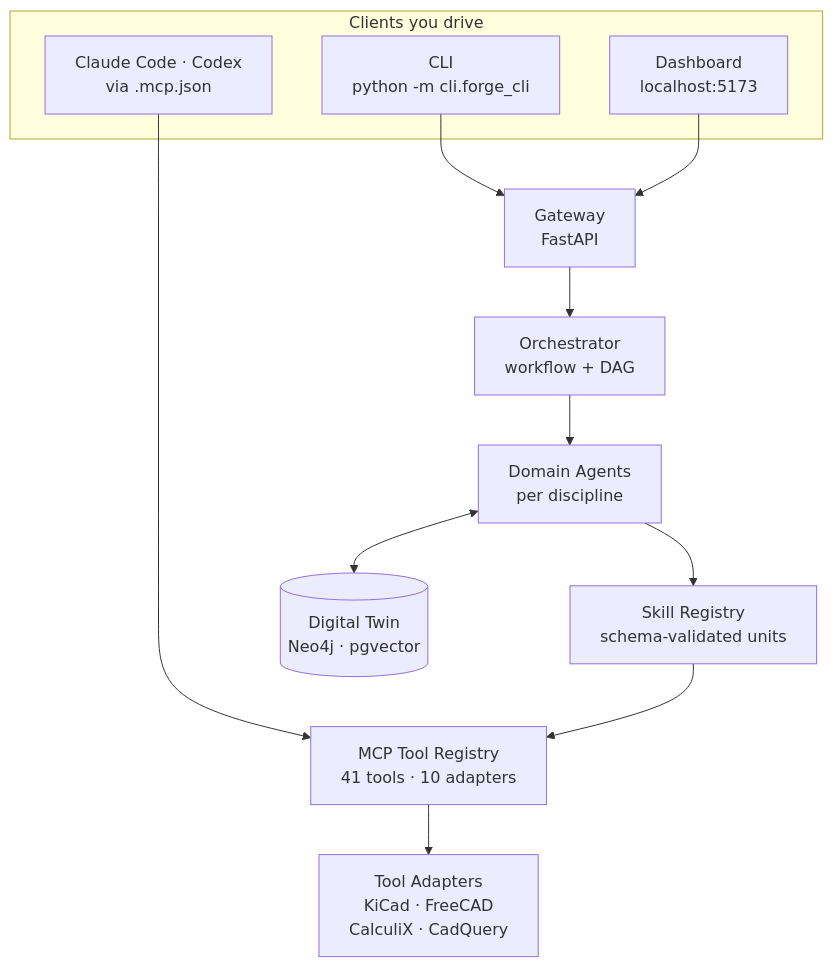
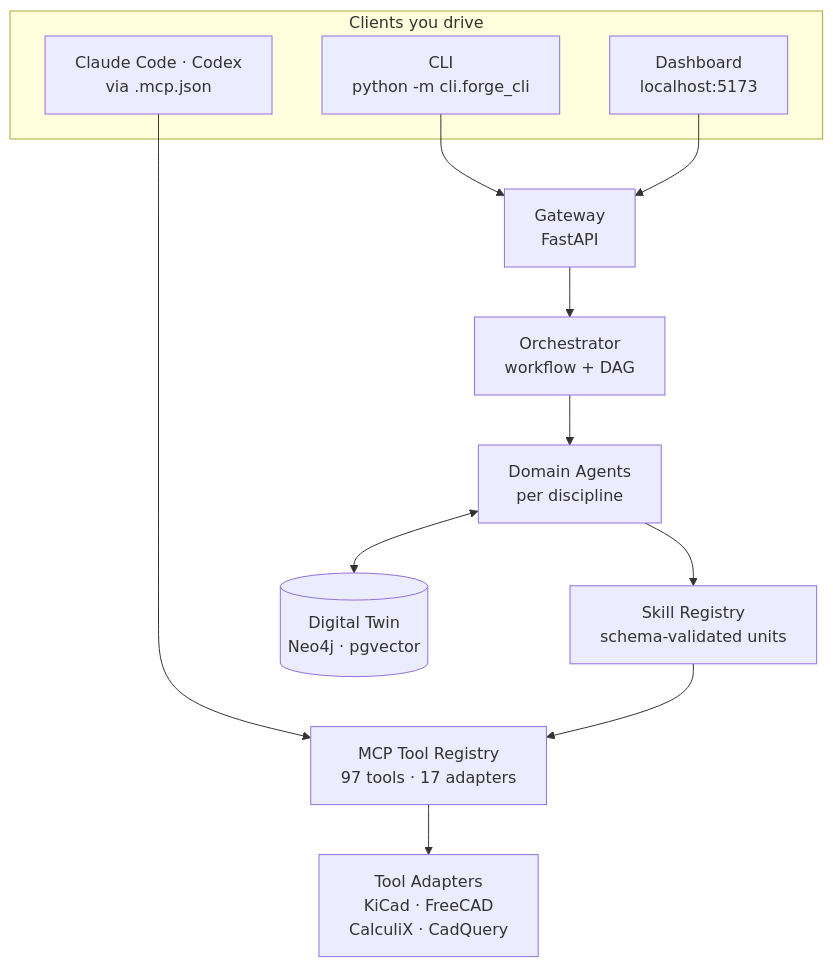
Before and after one commit to FidelOdok/MetaForge: the diagram in docs/index.mdx, drawn with Mermaid. The commit also changed other lines of this file and 3 other files, not shown here.

````diff
--- a/docs/index.mdx
+++ b/docs/index.mdx
@@ -46,26 +46,26 @@
 ```mermaid
 flowchart TB
     subgraph clients["Clients you drive"]
         cli["CLI<br/>python -m cli.forge_cli"]
         dash["Dashboard<br/>localhost:5173"]
         cc["Claude Code · Codex<br/>via .mcp.json"]
     end
 
     gw["Gateway<br/>FastAPI"]
     orch["Orchestrator<br/>workflow + DAG"]
     agents["Domain Agents<br/>per discipline"]
     skills["Skill Registry<br/>schema-validated units"]
-    mcp["MCP Tool Registry<br/>41 tools · 10 adapters"]
+    mcp["MCP Tool Registry<br/>97 tools · 17 adapters"]
     tools["Tool Adapters<br/>KiCad · FreeCAD<br/>CalculiX · CadQuery"]
     twin[("Digital Twin<br/>Neo4j · pgvector")]
 
     cli --> gw
     dash --> gw
     cc --> mcp
     gw --> orch
     orch --> agents
     agents --> skills
     skills --> mcp
     mcp --> tools
     agents <--> twin
 ```
````
